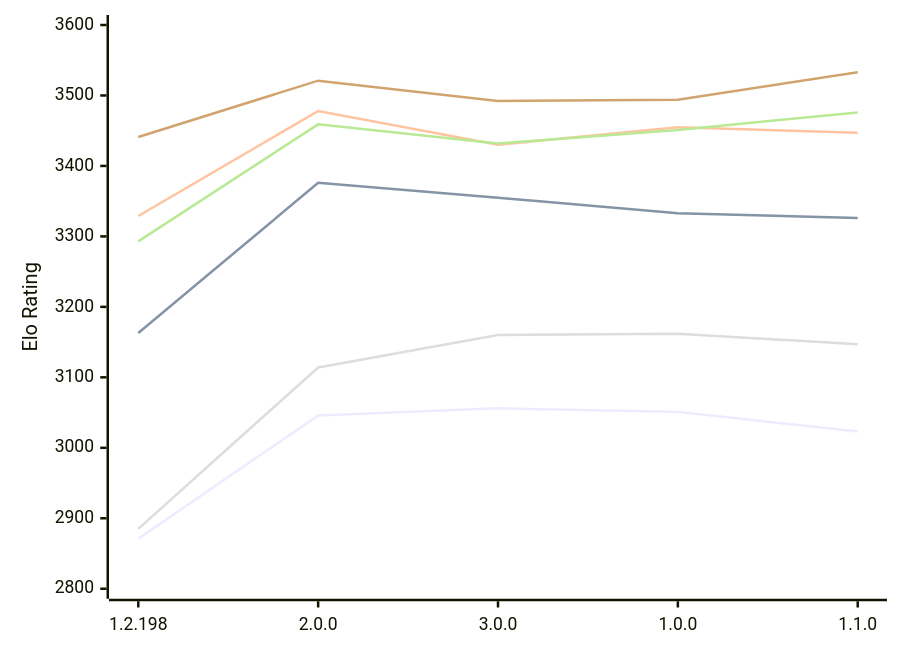
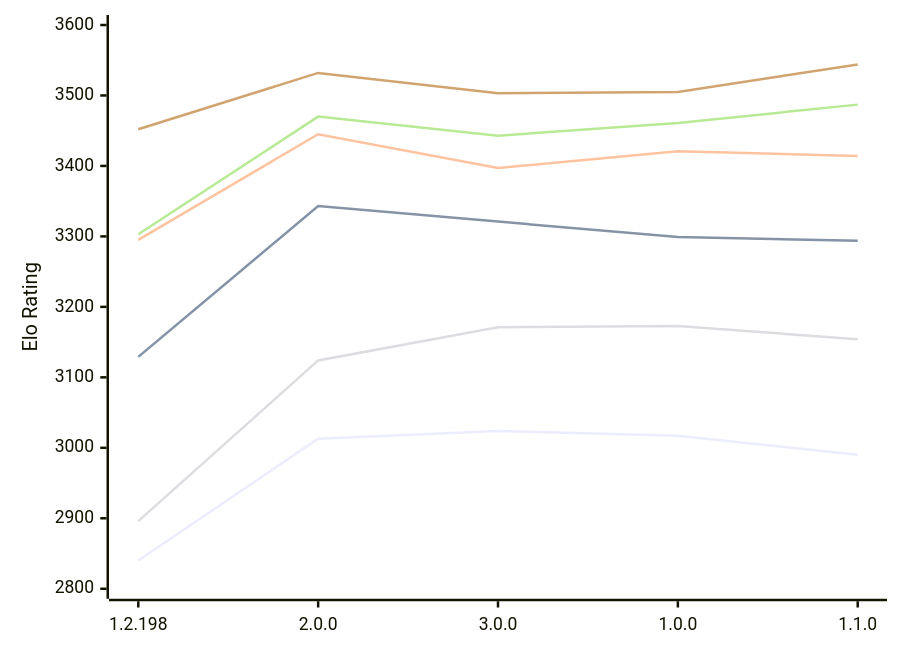
One commit to computer-chess-index/cci changed the diagram in engines/Trebuchet.md. Above: the diagram before and after it, drawn with Mermaid. The commit also changed other lines of this file, not shown here.

Commit message:
Update CCI Ratings (ELO VLTC) - 2026-11-12

````diff
--- a/engines/Trebuchet.md
+++ b/engines/Trebuchet.md
@@ -55,12 +55,12 @@
 ```mermaid
 %%{init: {"theme":"base","themeVariables":{"seriesColors:['#a3a3a3','#222221','#faa371']}}}%%
 xychart-beta
   x-axis ["1.2.198", "2.0.0", "3.0.0", "1.0.0", "1.1.0"]
   y-axis "Elo Rating" 2800 --> 3600
-  line "E1: STC (8.0+0.08s)" [2871, 3046, 3056, 3051, 3023]
-  line "E1: LTC (60.0+0.60s)" [3163, 3376, 3355, 3333, 3326]
-  line "E1: VLTC (2m24s+1.12s)" [3329, 3478, 3430, 3455, 3447]
-  line "P1: STC (8.0+0.08s)" [2885, 3114, 3160, 3162, 3147]
-  line "P1: LTC (60.0+0.60s)" [3293, 3459, 3432, 3451, 3476]
-  line "P1: VLTC (2m24s+1.12s)" [3441, 3521, 3492, 3494, 3533]
+  line "E1: STC (8.0+0.08s)" [2840, 3013, 3024, 3017, 2990]
+  line "E1: LTC (60.0+0.60s)" [3129, 3343, 3321, 3299, 3294]
+  line "E1: VLTC (2m24s+1.12s)" [3295, 3445, 3397, 3421, 3414]
+  line "P1: STC (8.0+0.08s)" [2896, 3124, 3171, 3173, 3154]
+  line "P1: LTC (60.0+0.60s)" [3303, 3470, 3443, 3461, 3487]
+  line "P1: VLTC (2m24s+1.12s)" [3452, 3532, 3503, 3505, 3544]
 ```
````
